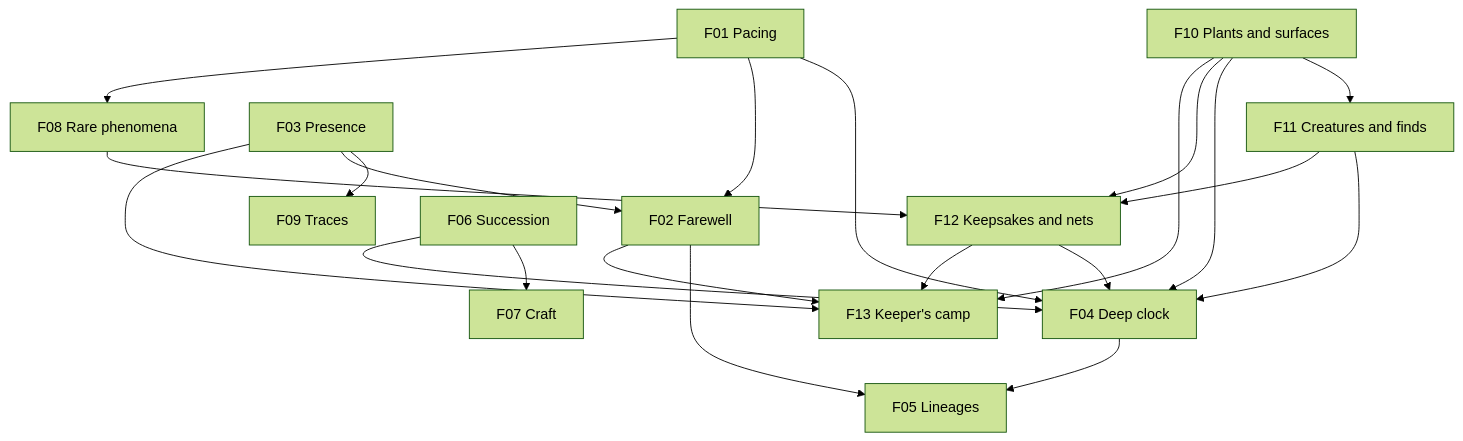
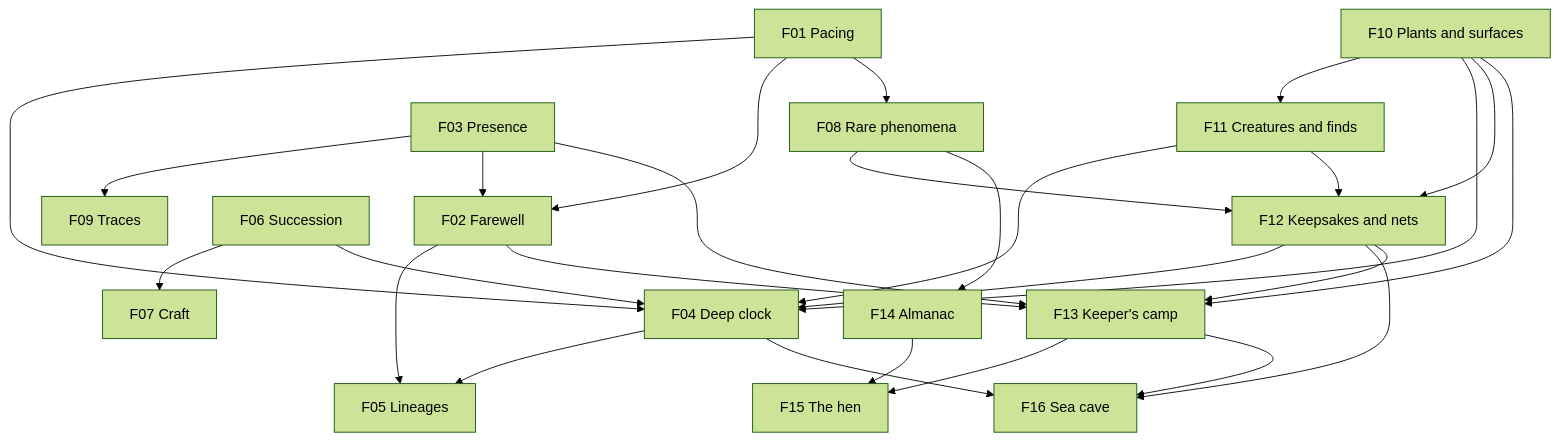
One commit to mshomper/ebb changed the diagram in docs/future/README.md. Above: the diagram before and after it, drawn with Mermaid (forest theme). The commit also changed other lines of this file and 4 other files, not shown here.

First line of the commit message:
Ideas: F14 almanac of events, F15 the hen, F16 the sea cave

````diff
--- a/docs/future/README.md
+++ b/docs/future/README.md
@@ -34,23 +37,29 @@
 ```mermaid
 flowchart TB
   F01[F01 Pacing] --> F04[F04 Deep clock]
   F01 --> F02[F02 Farewell]
   F01 --> F08[F08 Rare phenomena]
   F04 --> F05[F05 Lineages]
   F02 --> F05
   F03[F03 Presence] --> F09[F09 Traces]
   F03 --> F02
   F06[F06 Succession] --> F07[F07 Craft]
   F06 --> F04
   F10[F10 Plants and surfaces] --> F11[F11 Creatures and finds]
   F10 --> F04
   F11 --> F04
   F10 --> F12[F12 Keepsakes and nets]
   F11 --> F12
   F08 --> F12
   F12 --> F04
+  F08 --> F14[F14 Almanac]
+  F13 --> F15[F15 The hen]
+  F14 --> F15
+  F12 --> F16[F16 Sea cave]
+  F13 --> F16
+  F04 --> F16
   F03 --> F13[F13 Keeper's camp]
   F02 --> F13
   F10 --> F13
   F12 --> F13
 ```
````
